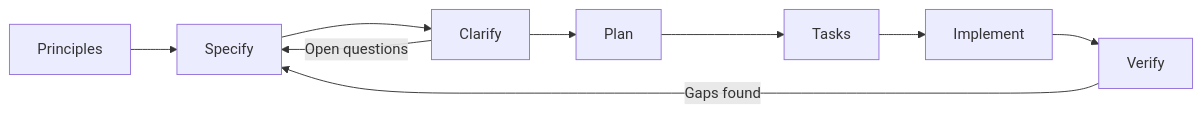
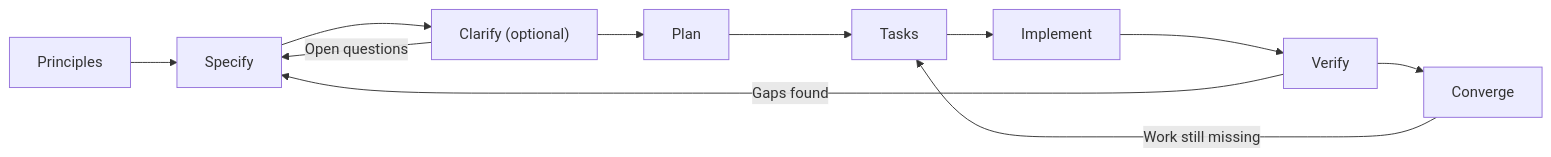
One commit to nashtech-garage/ai-spec-driven-prep changed the diagram in docs/07-spec-driven-development.md. Above: the diagram before and after it, drawn with Mermaid. The commit also changed other lines of this file and 7 other files, not shown here.

````diff
--- a/docs/07-spec-driven-development.md
+++ b/docs/07-spec-driven-development.md
@@ -13,11 +13,13 @@
 ```mermaid
 flowchart LR
     P["Principles"] --> S["Specify"]
-    S --> C["Clarify"]
+    S --> C["Clarify (optional)"]
     C --> PL["Plan"]
     PL --> T["Tasks"]
     T --> I["Implement"]
     I --> V["Verify"]
+    V --> CV["Converge"]
+    CV -->|"Work still missing"| T
     V -->|"Gaps found"| S
     C -->|"Open questions"| S
 ```
````
